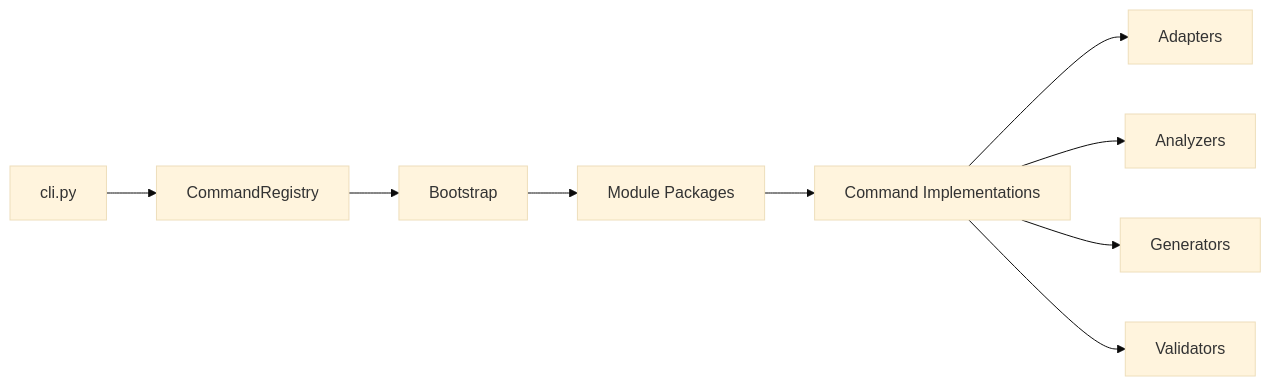
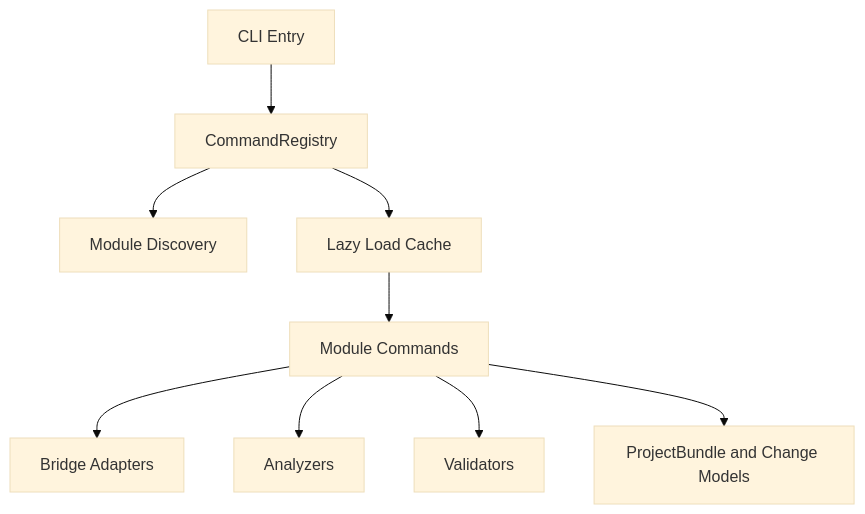
Before and after one commit to nold-ai/specfact-cli: the first of 2 diagrams in docs/architecture/component-graph.md, drawn with Mermaid (base theme). The commit also changed other lines of this file and 65 other files, not shown here.

Commit message:
chore(openspec): archive completed changes and align architecture docs

````diff
--- a/docs/architecture/component-graph.md
+++ b/docs/architecture/component-graph.md
@@ -41,11 +5,12 @@
 ```mermaid
-graph LR
-    cli[cli.py] --> registry[CommandRegistry]
-    registry --> bootstrap[Bootstrap]
-    bootstrap --> modules[Module Packages]
-    modules --> commands[Command Implementations]
-    commands --> adapters[Adapters]
-    commands --> analyzers[Analyzers]
-    commands --> generators[Generators]
-    commands --> validators[Validators]
+graph TD
+    CLI[CLI Entry] --> Registry[CommandRegistry]
+    Registry --> Discovery[Module Discovery]
+    Registry --> Cache[Lazy Load Cache]
+    Cache --> Commands[Module Commands]
+
+    Commands --> Adapters[Bridge Adapters]
+    Commands --> Analysis[Analyzers]
+    Commands --> Validation[Validators]
+    Commands --> Models[ProjectBundle and Change Models]
 ```
````
